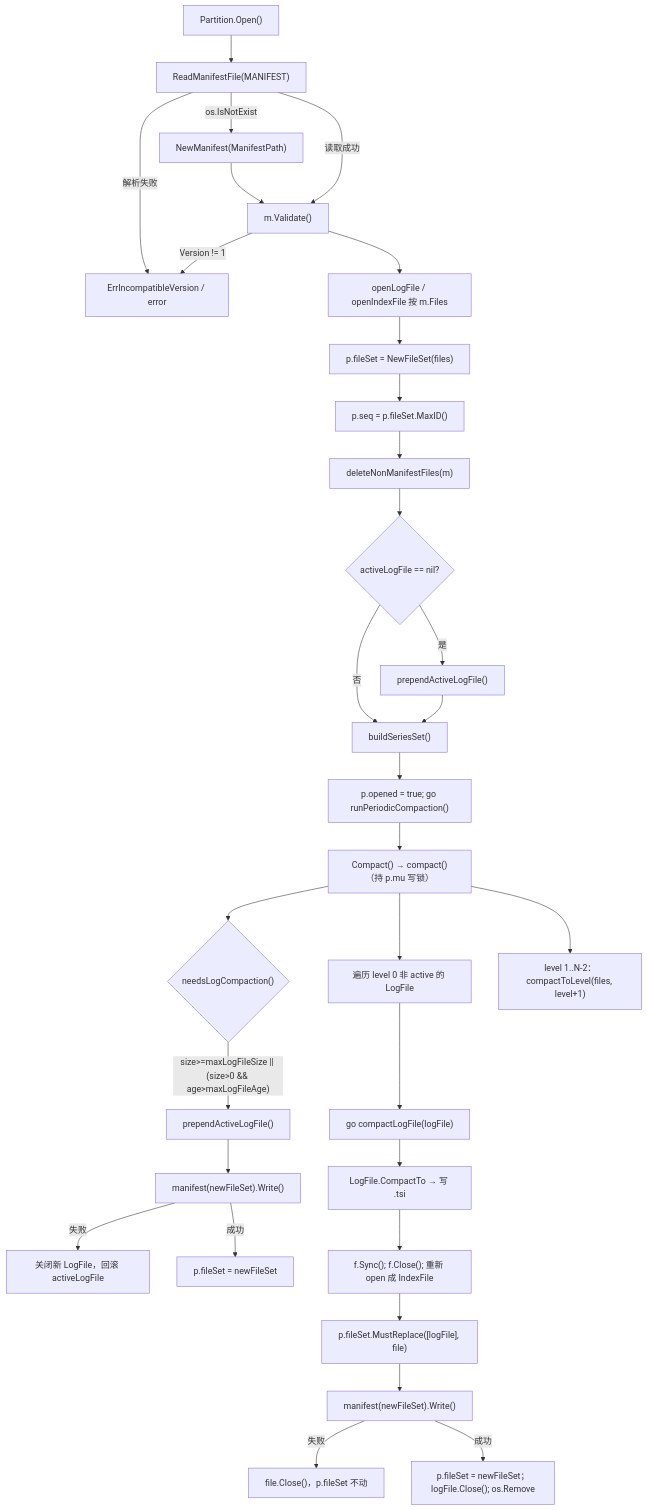
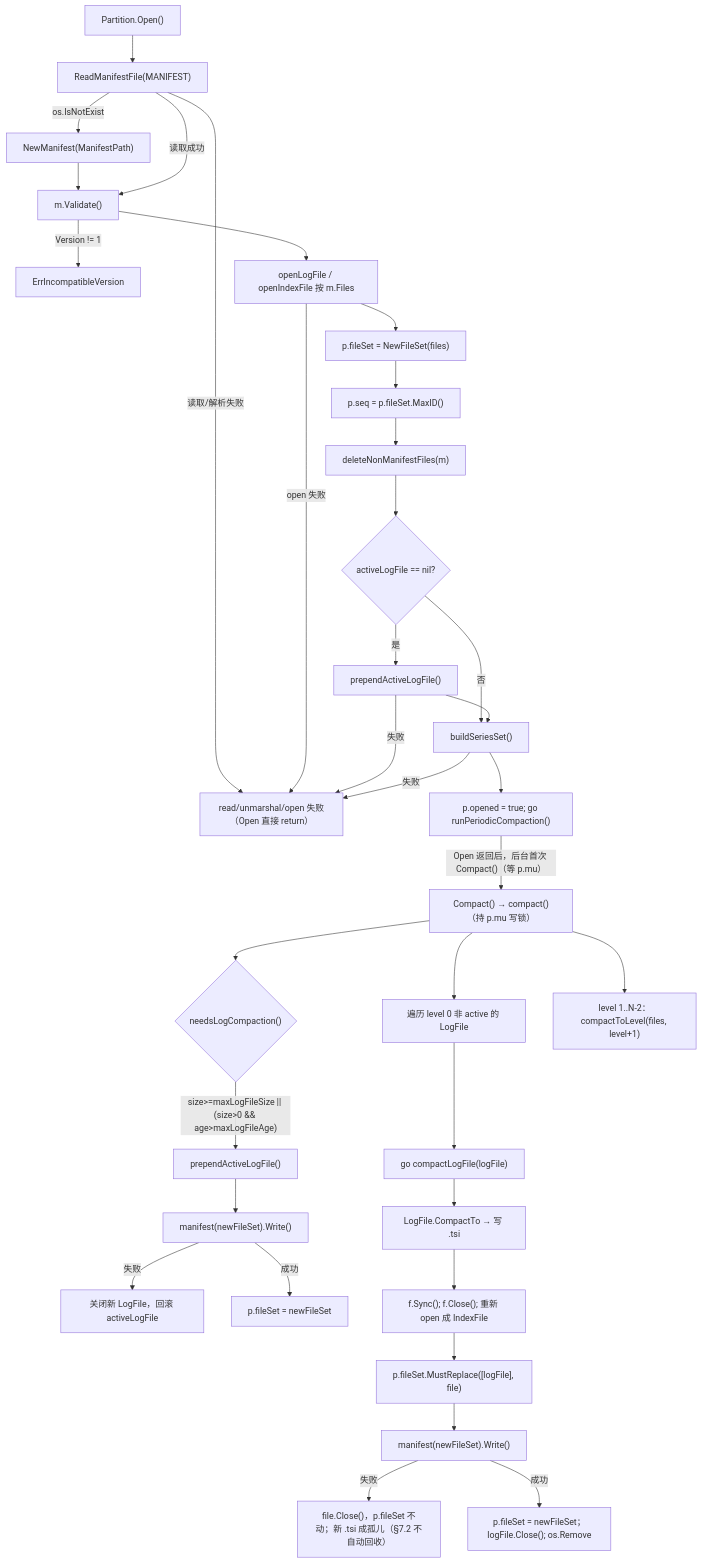
The first of 3 diagrams in docs/specs/v1.8.10-vs-v1.12.3/02_index_series_diff.md (stefanv5/influxdb), drawn with Mermaid before and after one commit. The commit also changed other lines of this file and 18 other files, not shown here.

````diff
--- a/docs/specs/v1.8.10-vs-v1.12.3/02_index_series_diff.md
+++ b/docs/specs/v1.8.10-vs-v1.12.3/02_index_series_diff.md
@@ -64,34 +64,37 @@
 ```mermaid
 flowchart TD
     A["Partition.Open()"] --> B["ReadManifestFile(MANIFEST)"]
     B -->|"os.IsNotExist"| C["NewManifest(ManifestPath)"]
-    B -->|"解析失败"| X["ErrIncompatibleVersion / error"]
+    B -->|"读取/解析失败"| X["read/unmarshal/open 失败（Open 直接 return）"]
     C --> MV["m.Validate()"]
     B -->|"读取成功"| MV
-    MV -->|"Version != 1"| X
+    MV -->|"Version != 1"| XV["ErrIncompatibleVersion"]
     MV --> D["openLogFile / openIndexFile 按 m.Files"]
+    D -->|"open 失败"| X
     D --> E["p.fileSet = NewFileSet(files)"]
     E --> SQ["p.seq = p.fileSet.MaxID()"]
     SQ --> F["deleteNonManifestFiles(m)"]
     F --> PF{"activeLogFile == nil?"}
     PF -->|"是"| PG["prependActiveLogFile()"]
     PF -->|"否"| G["buildSeriesSet()"]
+    PG -->|"失败"| X
     PG --> G
+    G -->|"失败"| X
     G --> H["p.opened = true; go runPeriodicCompaction()"]
-    H --> I["Compact() → compact()（持 p.mu 写锁）"]
+    H -->|"Open 返回后，后台首次 Compact()（等 p.mu）"| I["Compact() → compact()（持 p.mu 写锁）"]
 
     I --> J{"needsLogCompaction()"}
     J -->|"size>=maxLogFileSize || (size>0 && age>maxLogFileAge)"| K["prependActiveLogFile()"]
     K --> L["manifest(newFileSet).Write()"]
     L -->|"失败"| M["关闭新 LogFile，回滚 activeLogFile"]
     L -->|"成功"| N["p.fileSet = newFileSet"]
     I --> O["遍历 level 0 非 active 的 LogFile"]
     O --> P["go compactLogFile(logFile)"]
     P --> Q["LogFile.CompactTo → 写 .tsi"]
     Q --> R["f.Sync(); f.Close(); 重新 open 成 IndexFile"]
     R --> S["p.fileSet.MustReplace([logFile], file)"]
     S --> T["manifest(newFileSet).Write()"]
-    T -->|"失败"| U["file.Close()，p.fileSet 不动"]
+    T -->|"失败"| U["file.Close()，p.fileSet 不动；新 .tsi 成孤儿（§7.2 不自动回收）"]
     T -->|"成功"| V["p.fileSet = newFileSet；logFile.Close(); os.Remove"]
     I --> W["level 1..N-2：compactToLevel(files, level+1)"]
 ```
````
